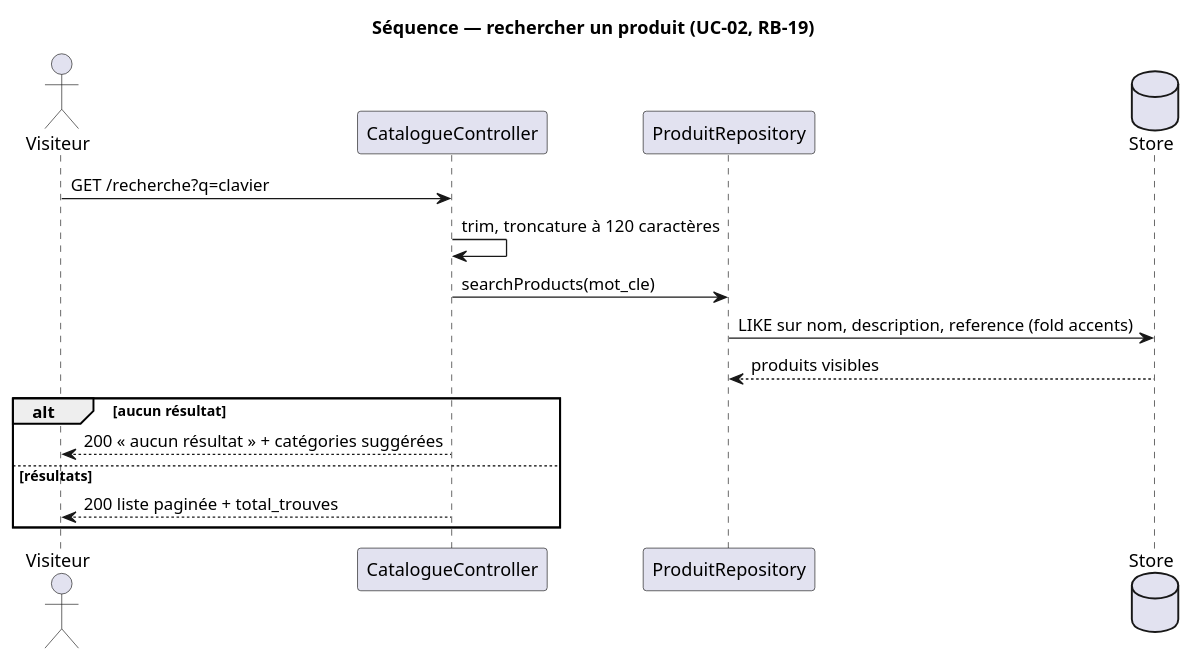
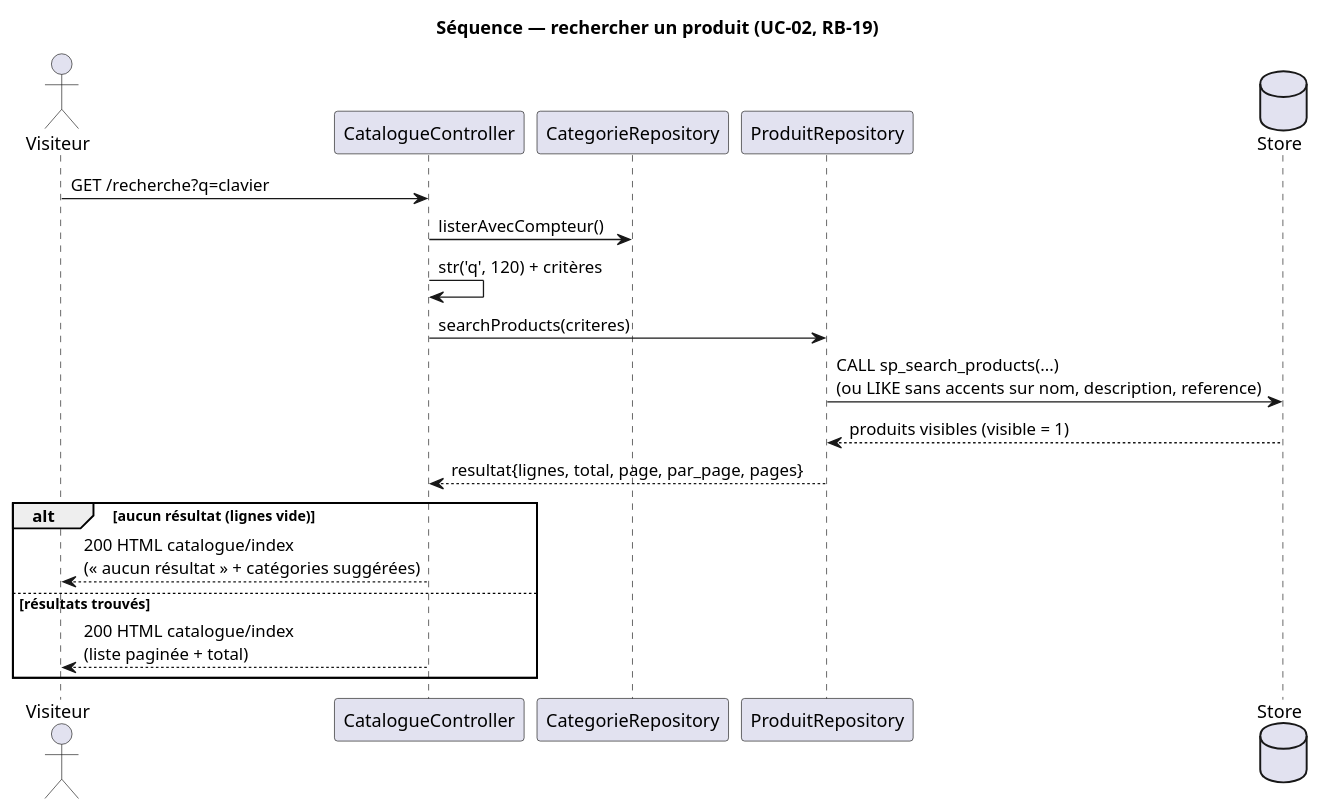
The diagram in docs/diagrams/src/seq_recherche_produit.puml (jojo8356/SAE-302), drawn with PlantUML before and after one commit. The commit also changed 28 other files, not shown here.

Commit message:
docs(uml): corrige les 14 schémas PlantUML et régénère les 14 PNG conformes au code

```diff
--- a/docs/diagrams/src/seq_recherche_produit.puml
+++ b/docs/diagrams/src/seq_recherche_produit.puml
@@ -1,17 +1,22 @@
 @startuml seq_recherche_produit
 title Séquence — rechercher un produit (UC-02, RB-19)
 actor Visiteur
 participant "CatalogueController" as CC
+participant "CategorieRepository" as CAT
 participant "ProduitRepository" as PR
 database "Store" as DB
+
 Visiteur -> CC : GET /recherche?q=clavier
-CC -> CC : trim, troncature à 120 caractères
-CC -> PR : searchProducts(mot_cle)
-PR -> DB : LIKE sur nom, description, reference (fold accents)
-DB --> PR : produits visibles
-alt aucun résultat
-  CC --> Visiteur : 200 « aucun résultat » + catégories suggérées
-else résultats
-  CC --> Visiteur : 200 liste paginée + total_trouves
+CC -> CAT : listerAvecCompteur()
+CC -> CC : str('q', 120) + critères
+CC -> PR : searchProducts(criteres)
+PR -> DB : CALL sp_search_products(...)\n(ou LIKE sans accents sur nom, description, reference)
+DB --> PR : produits visibles (visible = 1)
+PR --> CC : resultat{lignes, total, page, par_page, pages}
+
+alt aucun résultat (lignes vide)
+  CC --> Visiteur : 200 HTML catalogue/index\n(« aucun résultat » + catégories suggérées)
+else résultats trouvés
+  CC --> Visiteur : 200 HTML catalogue/index\n(liste paginée + total)
 end
 @enduml
```
